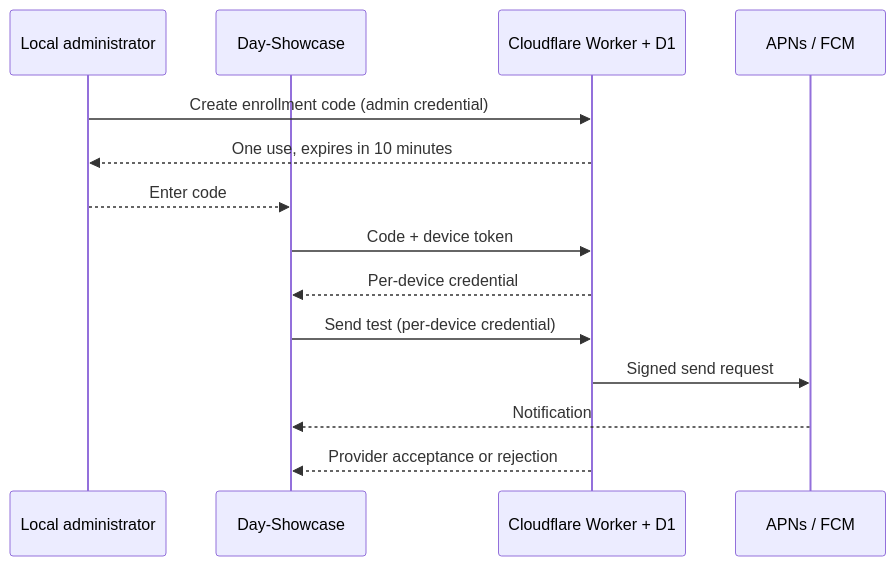
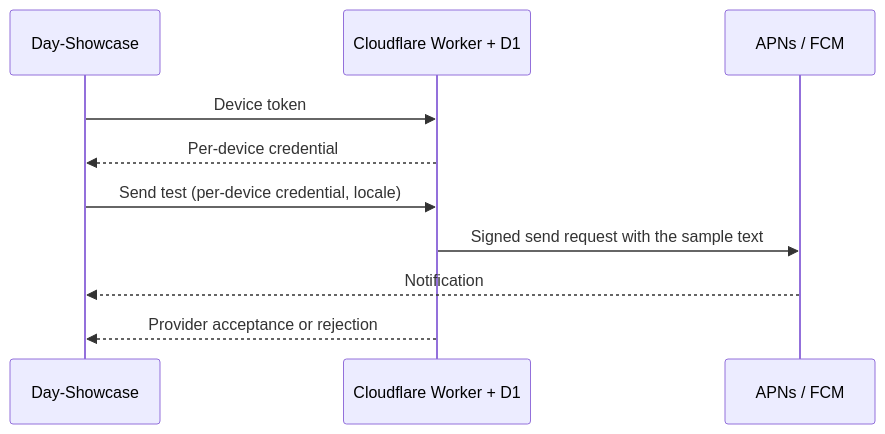
Before and after one commit to daybrite/day-part-push: the diagram in relay/README.md, drawn with Mermaid. The commit also changed other lines of this file and 10 other files, not shown here.

Commit message:
Replace relay enrollment codes with rate-limited open registration and sample-only sends

````diff
--- a/relay/README.md
+++ b/relay/README.md
@@ -5,16 +5,12 @@
 ```mermaid
 sequenceDiagram
-    participant Admin as Local administrator
     participant App as Day-Showcase
     participant Relay as Cloudflare Worker + D1
     participant Provider as APNs / FCM
-    Admin->>Relay: Create enrollment code (admin credential)
-    Relay-->>Admin: One use, expires in 10 minutes
-    Admin-->>App: Enter code
-    App->>Relay: Code + device token
+    App->>Relay: Device token
     Relay-->>App: Per-device credential
-    App->>Relay: Send test (per-device credential)
-    Relay->>Provider: Signed send request
+    App->>Relay: Send test (per-device credential, locale)
+    Relay->>Provider: Signed send request with the sample text
     Provider-->>App: Notification
     Relay-->>App: Provider acceptance or rejection
 ```
````
